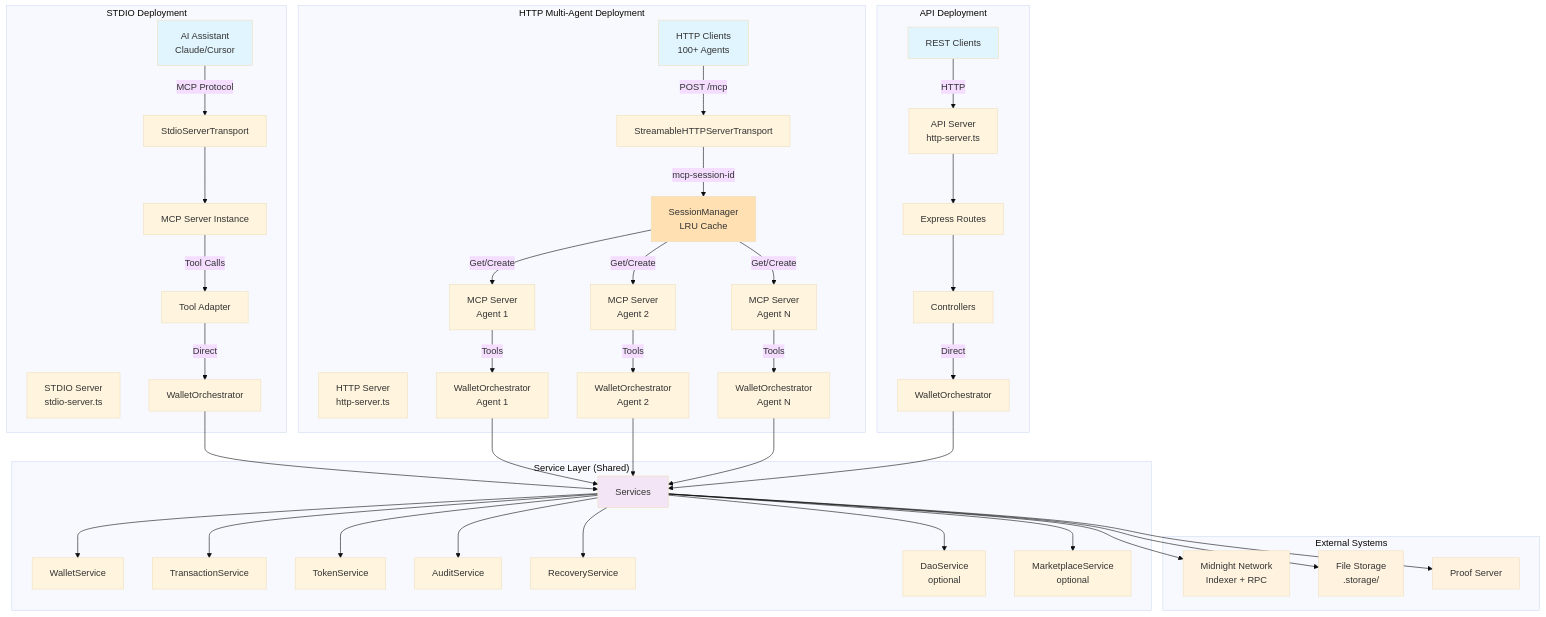
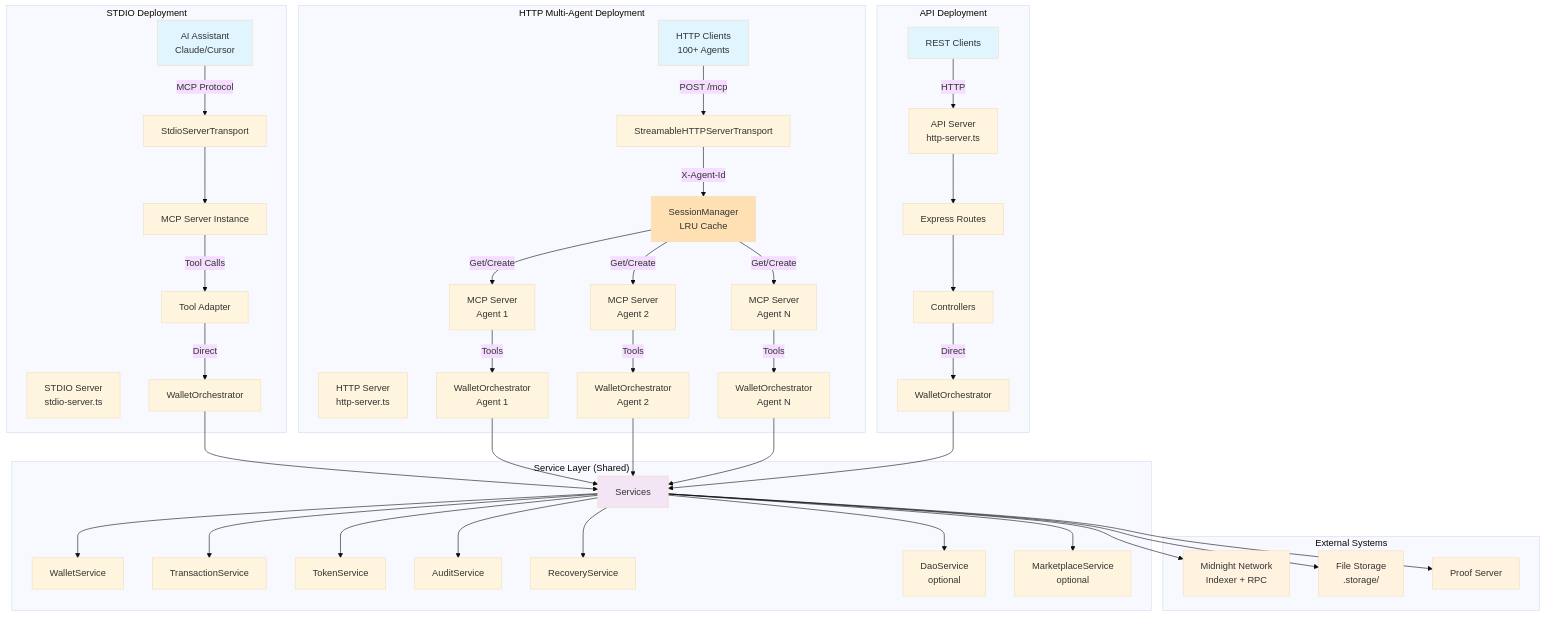
Before and after one commit to DEGAorg/midnight-mcp: the first of 6 diagrams in docs/ARCHITECTURE.md, drawn with Mermaid (base theme). The commit also changed other lines of this file and 9 other files, not shown here.

Commit message:
Update README.md and ARCHITECTURE.md to reflect changes in session management. Replace `mcp-session-id` header with `X-Agent-Id` for agent identification, and enhance documentation on session lifecycle and benefits. Remove outdated weekly summary and related images as part of codebase cleanup.

````diff
--- a/docs/ARCHITECTURE.md
+++ b/docs/ARCHITECTURE.md
@@ -33,77 +33,77 @@
 ```mermaid
 graph TB
     subgraph "STDIO Deployment"
         AI[AI Assistant<br/>Claude/Cursor]
         STDIO[STDIO Server<br/>stdio-server.ts]
         STRANSPORT[StdioServerTransport]
         SMCP[MCP Server Instance]
 
         AI -->|MCP Protocol| STRANSPORT
         STRANSPORT --> SMCP
         SMCP -->|Tool Calls| STOOLS[Tool Adapter]
         STOOLS -->|Direct| SORCH[WalletOrchestrator]
     end
 
     subgraph "HTTP Multi-Agent Deployment"
         CLIENTS[HTTP Clients<br/>100+ Agents]
         HTTP[HTTP Server<br/>http-server.ts]
         HTRANSPORT[StreamableHTTPServerTransport]
         SESSION[SessionManager<br/>LRU Cache]
         HMCP1[MCP Server<br/>Agent 1]
         HMCP2[MCP Server<br/>Agent 2]
         HMCPN[MCP Server<br/>Agent N]
 
         CLIENTS -->|POST /mcp| HTRANSPORT
-        HTRANSPORT -->|mcp-session-id| SESSION
+        HTRANSPORT -->|X-Agent-Id| SESSION
         SESSION -->|Get/Create| HMCP1
         SESSION -->|Get/Create| HMCP2
         SESSION -->|Get/Create| HMCPN
         HMCP1 -->|Tools| HORCH1[WalletOrchestrator<br/>Agent 1]
         HMCP2 -->|Tools| HORCH2[WalletOrchestrator<br/>Agent 2]
         HMCPN -->|Tools| HORCHN[WalletOrchestrator<br/>Agent N]
     end
 
     subgraph "API Deployment"
         REST[REST Clients]
         API[API Server<br/>http-server.ts]
         ROUTES[Express Routes]
         CONTROLLERS[Controllers]
 
         REST -->|HTTP| API
         API --> ROUTES
         ROUTES --> CONTROLLERS
         CONTROLLERS -->|Direct| AORCH[WalletOrchestrator]
     end
 
     subgraph "Service Layer (Shared)"
         SORCH --> SERVICES
         HORCH1 --> SERVICES
         HORCH2 --> SERVICES
         HORCHN --> SERVICES
         AORCH --> SERVICES
 
         SERVICES[Services]
         SERVICES --> WALLET[WalletService]
         SERVICES --> TX[TransactionService]
         SERVICES --> TOKEN[TokenService]
         SERVICES --> AUDIT[AuditService]
         SERVICES --> RECOVERY[RecoveryService]
         SERVICES --> DAO[DaoService<br/>optional]
         SERVICES --> MARKET[MarketplaceService<br/>optional]
     end
 
     subgraph "External Systems"
         SERVICES --> MIDNIGHT[Midnight Network<br/>Indexer + RPC]
         SERVICES --> STORAGE[File Storage<br/>.storage/]
         SERVICES --> PROOF[Proof Server]
     end
 
     style AI fill:#e1f5fe
     style CLIENTS fill:#e1f5fe
     style REST fill:#e1f5fe
     style SERVICES fill:#f3e5f5
     style MIDNIGHT fill:#fff3e0
     style STORAGE fill:#fff3e0
     style PROOF fill:#fff3e0
     style SESSION fill:#ffe0b2
 ```
````
